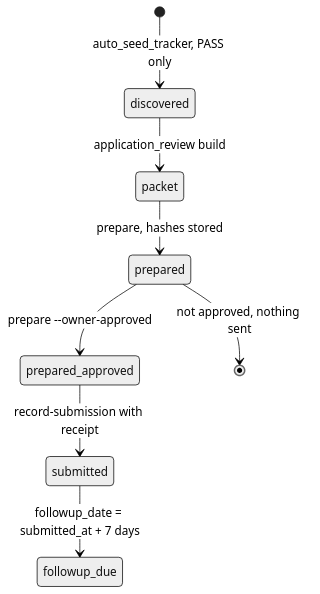
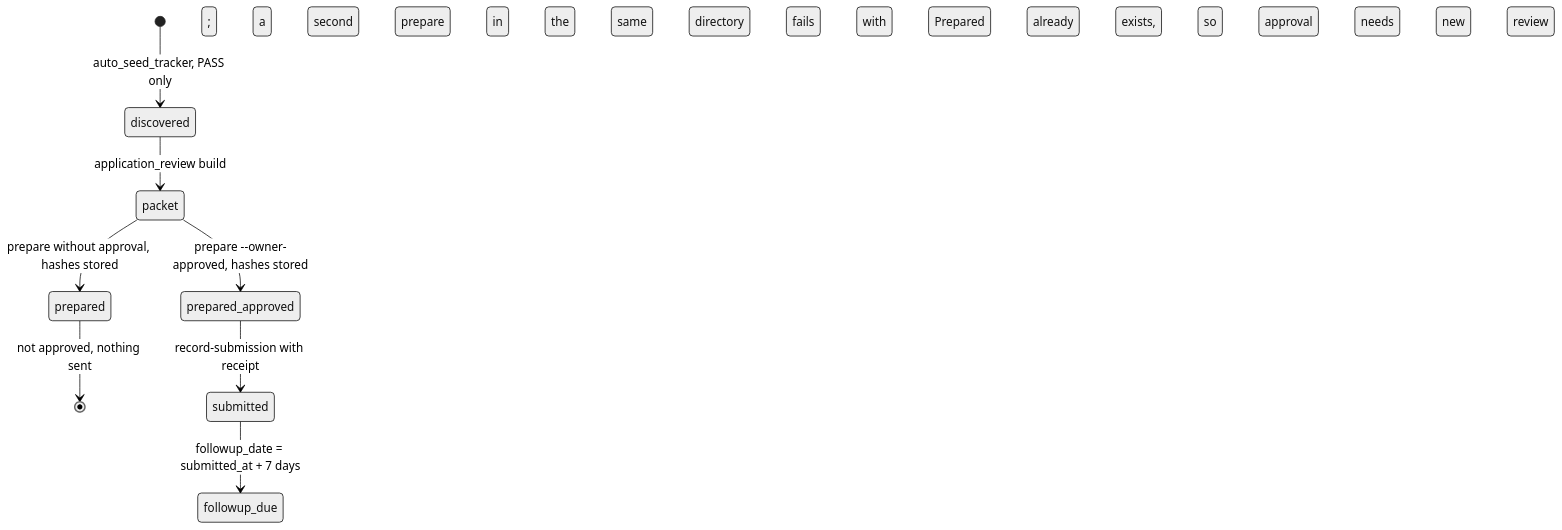
Before and after one commit to bookchaowalit/career-job-scraper: the second of 4 diagrams in docs/diagrams/11-state-machines.md, drawn with Mermaid (neutral theme). The commit also changed 1 other file, not shown here.

Commit message:
docs: correct cloud upload, quarantine and approval paths
Codex review: job saves never upload to cloud; Facebook cloud upload is gated
separately from the Sheet sink and includes private rows; incomplete public
text is accepted for human review, not quarantined; approval must happen in
the prepare call because a second prepare is refused.

````diff
--- a/docs/diagrams/11-state-machines.md
+++ b/docs/diagrams/11-state-machines.md
@@ -22,10 +22,10 @@
 ```mermaid
 stateDiagram-v2
   [*] --> discovered: auto_seed_tracker, PASS only
   discovered --> packet: application_review build
-  packet --> prepared: prepare, hashes stored
-  prepared --> prepared_approved: prepare --owner-approved
-  prepared --> [*]: not approved, nothing sent
+  packet --> prepared_approved: prepare --owner-approved, hashes stored
+  packet --> prepared: prepare without approval, hashes stored
+  prepared --> [*]: not approved, nothing sent; a second prepare in the same directory fails with Prepared packet already exists, so approval needs a new review directory
   prepared_approved --> submitted: record-submission with receipt
   submitted --> followup_due: followup_date = submitted_at + 7 days
 ```
````
